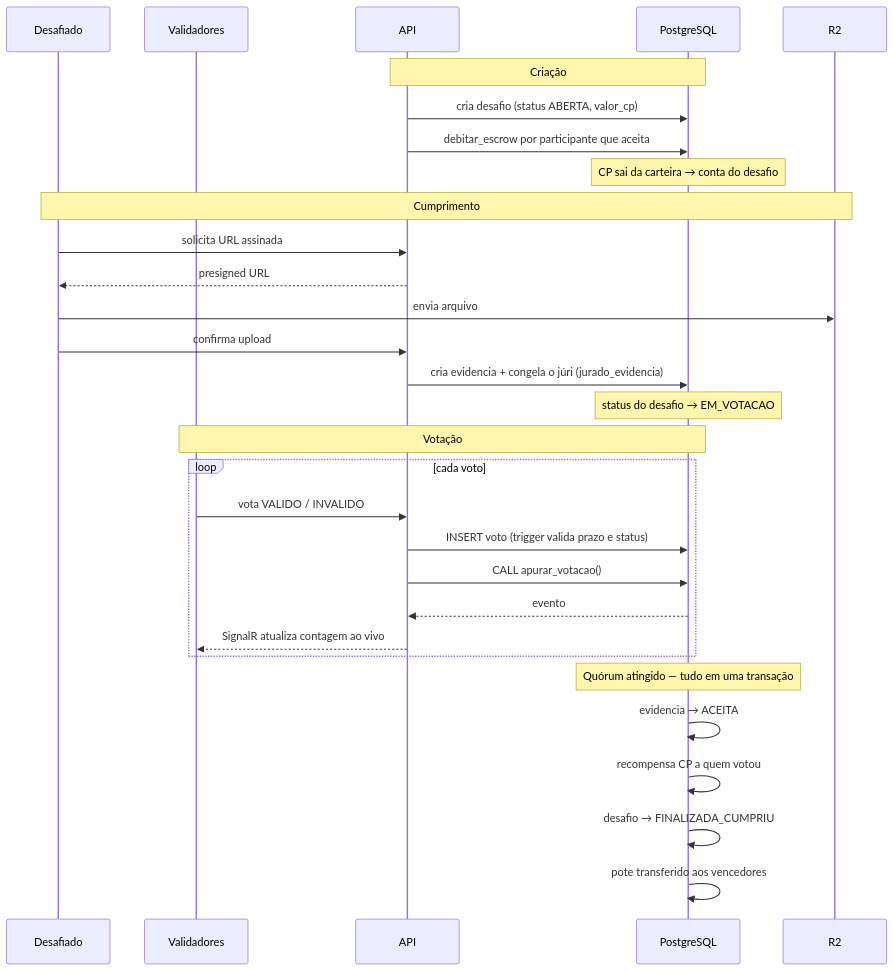
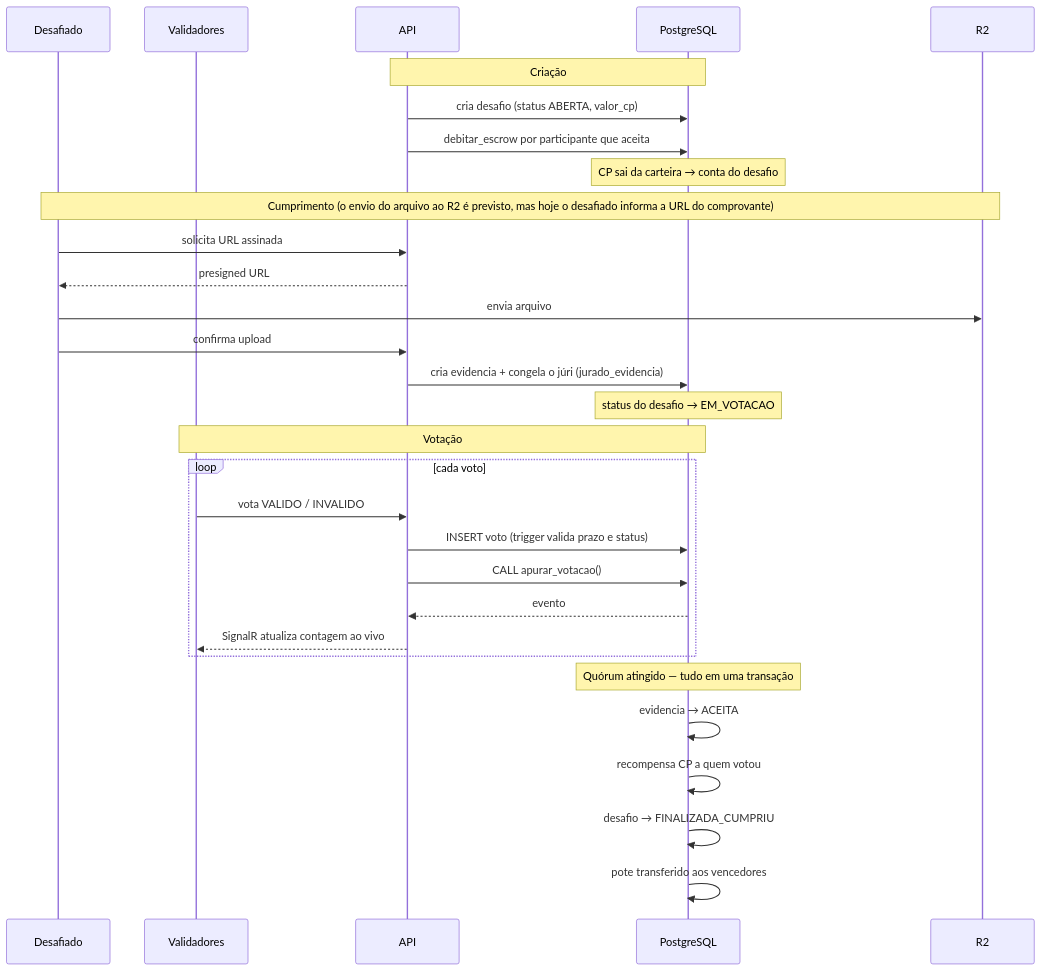
One commit to SecreTavin/A3-banco-de-dados changed the second of 2 diagrams in docs/02-arquitetura/13-visao-geral.md. Above: the diagram before and after it, drawn with Mermaid. The commit also changed other lines of this file and 6 other files, not shown here.

````diff
--- a/docs/02-arquitetura/13-visao-geral.md
+++ b/docs/02-arquitetura/13-visao-geral.md
@@ -87,36 +87,36 @@
 ```mermaid
 sequenceDiagram
     participant D as Desafiado
     participant V as Validadores
     participant API
     participant PG as PostgreSQL
     participant R2
 
     Note over API,PG: Criação
     API->>PG: cria desafio (status ABERTA, valor_cp)
     API->>PG: debitar_escrow por participante que aceita
     Note over PG: CP sai da carteira → conta do desafio
 
-    Note over D,R2: Cumprimento
+    Note over D,R2: Cumprimento (o envio do arquivo ao R2 é previsto, mas hoje o desafiado informa a URL do comprovante)
     D->>API: solicita URL assinada
     API-->>D: presigned URL
     D->>R2: envia arquivo
     D->>API: confirma upload
     API->>PG: cria evidencia + congela o júri (jurado_evidencia)
     Note over PG: status do desafio → EM_VOTACAO
 
     Note over V,PG: Votação
     loop cada voto
         V->>API: vota VALIDO / INVALIDO
         API->>PG: INSERT voto (trigger valida prazo e status)
         API->>PG: CALL apurar_votacao()
         PG-->>API: evento
         API-->>V: SignalR atualiza contagem ao vivo
     end
 
     Note over PG: Quórum atingido — tudo em uma transação
     PG->>PG: evidencia → ACEITA
     PG->>PG: recompensa CP a quem votou
     PG->>PG: desafio → FINALIZADA_CUMPRIU
     PG->>PG: pote transferido aos vencedores
 ```
````
